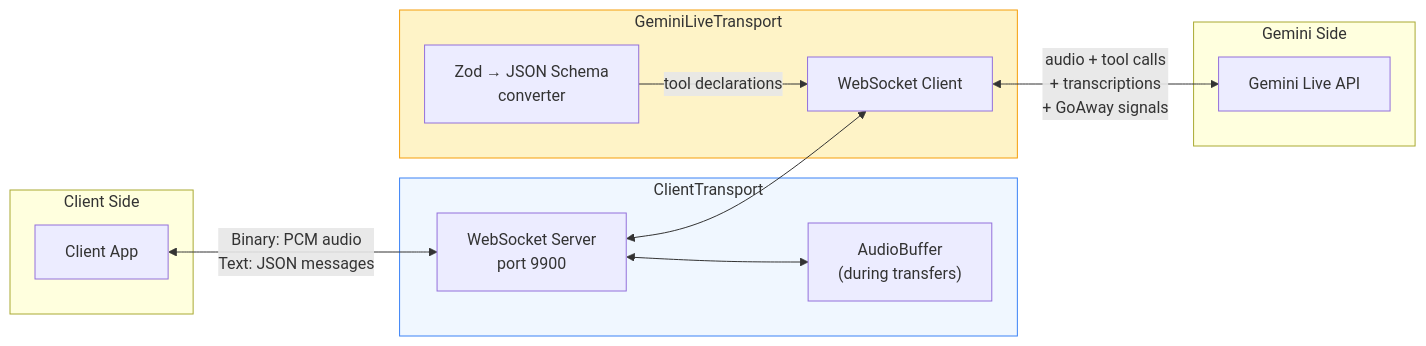
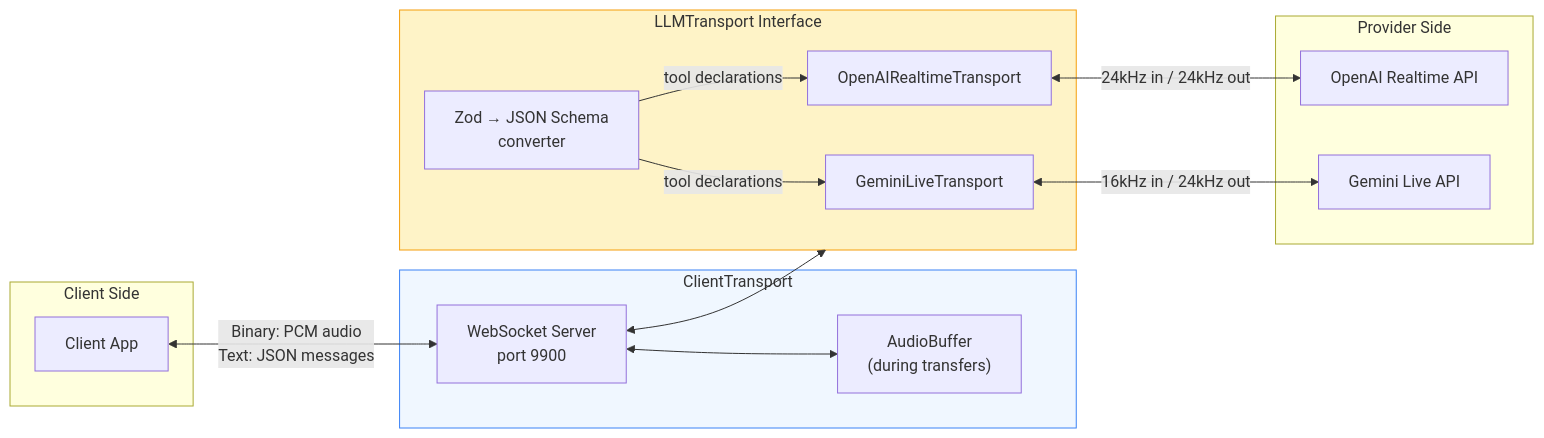
One commit to randombet/bodhi_realtime_agent changed the eighth of 11 diagrams in docs/guide/architecture.md. Above: the diagram before and after it, drawn with Mermaid. The commit also changed other lines of this file and 15 other files, not shown here.

First line of the commit message:
docs: update all docs for LLM transport decoupling (multi-provider support)

````diff
--- a/docs/guide/architecture.md
+++ b/docs/guide/architecture.md
@@ -229,29 +229,33 @@
 ```mermaid
 graph LR
     subgraph Client Side
         C["Client App"]
     end
 
     subgraph CT["ClientTransport"]
         WS["WebSocket Server<br/>port 9900"]
         AB["AudioBuffer<br/>(during transfers)"]
     end
 
-    subgraph GT["GeminiLiveTransport"]
-        GC["WebSocket Client"]
+    subgraph LT["LLMTransport Interface"]
+        GLT["GeminiLiveTransport"]
+        ORT["OpenAIRealtimeTransport"]
         ZS["Zod → JSON Schema<br/>converter"]
     end
 
-    subgraph Gemini Side
+    subgraph Provider Side
         G["Gemini Live API"]
+        O["OpenAI Realtime API"]
     end
 
     C <-->|"Binary: PCM audio<br/>Text: JSON messages"| WS
     WS <--> AB
-    WS <--> GC
-    ZS -->|"tool declarations"| GC
-    GC <-->|"audio + tool calls<br/>+ transcriptions<br/>+ GoAway signals"| G
+    WS <--> LT
+    ZS -->|"tool declarations"| GLT
+    ZS -->|"tool declarations"| ORT
+    GLT <-->|"16kHz in / 24kHz out"| G
+    ORT <-->|"24kHz in / 24kHz out"| O
 
     style CT fill:#f0f7ff,stroke:#3b82f6
-    style GT fill:#fef3c7,stroke:#f59e0b
+    style LT fill:#fef3c7,stroke:#f59e0b
 ```
````
